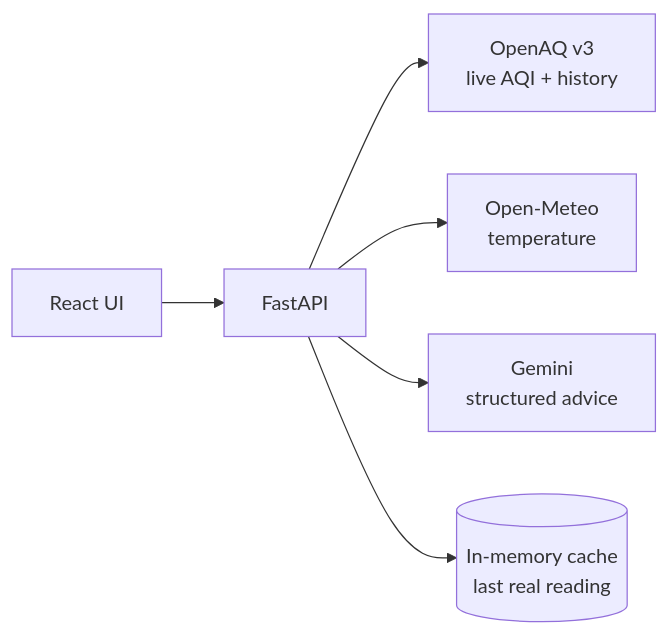
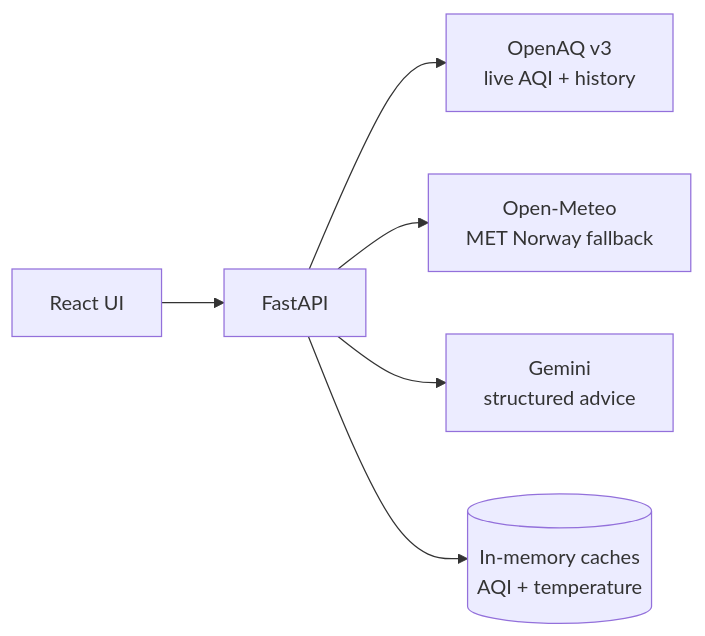
The diagram in README.md (aadarsh-create/prompt-wars), drawn with Mermaid before and after one commit. The commit also changed other lines of this file and 9 other files, not shown here.

````diff
--- a/README.md
+++ b/README.md
@@ -44,8 +44,8 @@
 ```mermaid
 flowchart LR
   U[React UI] --> A[FastAPI]
   A --> O[OpenAQ v3<br/>live AQI + history]
-  A --> W[Open-Meteo<br/>temperature]
+  A --> W[Open-Meteo<br/>MET Norway fallback]
   A --> G[Gemini<br/>structured advice]
-  A --> C[(In-memory cache<br/>last real reading)]
+  A --> C[(In-memory caches<br/>AQI + temperature)]
 ```
````
